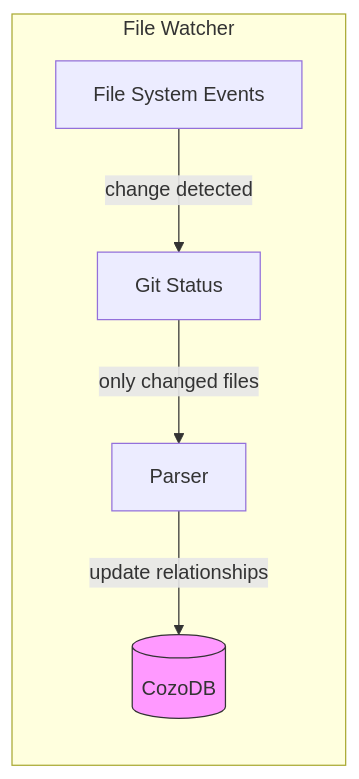
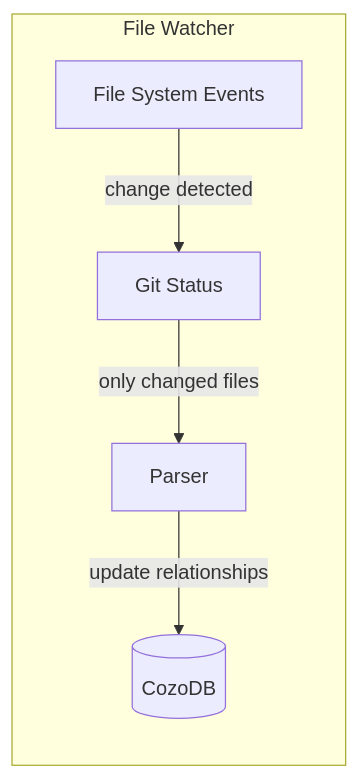
Before and after one commit to FreePeak/LeanKG: the second of 3 diagrams in README.md, drawn with Mermaid. The commit also changed other lines of this file and 2 other files, not shown here.

````diff
--- a/README.md
+++ b/README.md
@@ -256,15 +242,13 @@
 ```mermaid
 graph LR
     subgraph "File Watcher"
         FS[File System Events]
         Git[Git Status]
         Parse[Parser]
         DB[(CozoDB)]
     end
-    
+
     FS -->|change detected| Git
     Git -->|only changed files| Parse
     Parse -->|update relationships| DB
-    
-    style DB fill:#f9f,stroke:#333
 ```
````
